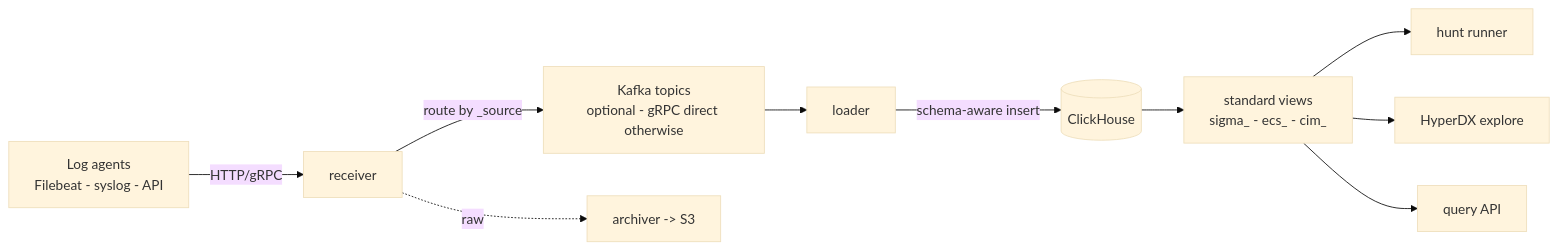
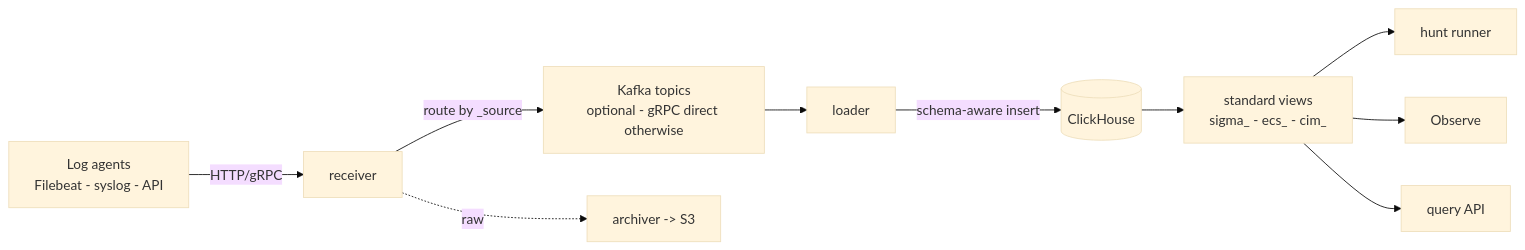
One commit to hyperi-io/dfe-engine changed the sixth of 6 diagrams in docs/architecture.md. Above: the diagram before and after it, drawn with Mermaid (base theme). The commit also changed other lines of this file and 27 other files, not shown here.

````diff
--- a/docs/architecture.md
+++ b/docs/architecture.md
@@ -228,12 +228,12 @@
 ```mermaid
 flowchart LR
     AGENTS[Log agents<br/>Filebeat - syslog - API] -->|HTTP/gRPC| RCV[receiver]
     RCV -->|route by _source| KFK[Kafka topics<br/>optional - gRPC direct otherwise]
     KFK --> LDR[loader]
     RCV -. raw .-> ARC[archiver -> S3]
     LDR -->|schema-aware insert| CH[(ClickHouse)]
     CH --> VIEWS[standard views<br/>sigma_ - ecs_ - cim_]
     VIEWS --> HUNT[hunt runner]
-    VIEWS --> DASH[HyperDX explore]
+    VIEWS --> DASH[Observe]
     VIEWS --> QAPI[query API]
 ```
````
